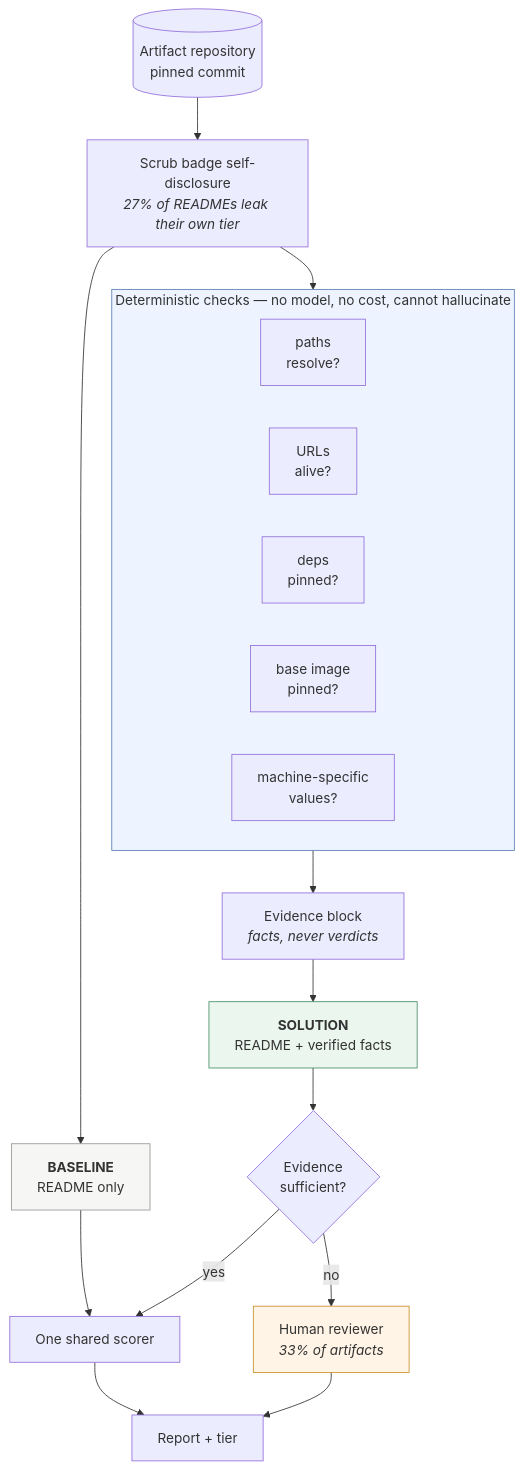
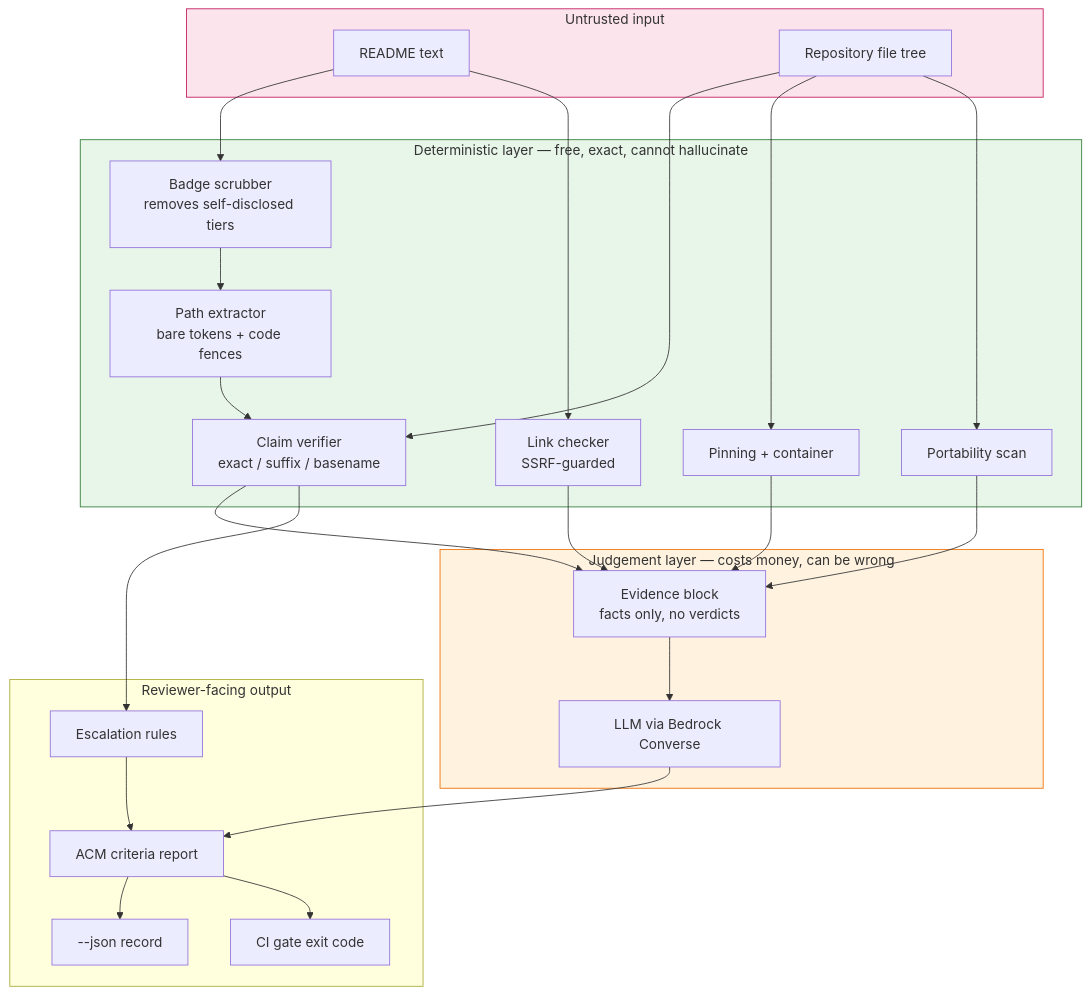
Before and after one commit to adarshcod30/artifact-repro-triage: the first of 2 diagrams in README.md, drawn with Mermaid. The commit also changed other lines of this file and 4 other files, not shown here.

````diff
--- a/README.md
+++ b/README.md
@@ -329,35 +173,40 @@
 ```mermaid
 flowchart TB
-    R[("Artifact repository<br/>pinned commit")]
-
-    R --> SCRUB["Scrub badge self-disclosure<br/><i>27% of READMEs leak their own tier</i>"]
-
-    SCRUB --> B["<b>BASELINE</b><br/>README only"]
-    SCRUB --> CHECKS
-
-    subgraph CHECKS["Deterministic checks — no model, no cost, cannot hallucinate"]
-        direction LR
-        C1["paths<br/>resolve?"]
-        C2["URLs<br/>alive?"]
-        C3["deps<br/>pinned?"]
-        C4["base image<br/>pinned?"]
-        C5["machine-specific<br/>values?"]
+    subgraph INPUT["Untrusted input"]
+        R[README text]
+        T[Repository file tree]
     end
 
-    CHECKS --> EV["Evidence block<br/><i>facts, never verdicts</i>"]
-    EV --> S["<b>SOLUTION</b><br/>README + verified facts"]
+    subgraph FREE["Deterministic layer — free, exact, cannot hallucinate"]
+        S[Badge scrubber<br/>removes self-disclosed tiers]
+        E[Path extractor<br/>bare tokens + code fences]
+        V[Claim verifier<br/>exact / suffix / basename]
+        P[Pinning + container]
+        Q[Portability scan]
+        L[Link checker<br/>SSRF-guarded]
+    end
 
-    B --> SCORE
-    S --> ESC{"Evidence<br/>sufficient?"}
+    subgraph JUDGE["Judgement layer — costs money, can be wrong"]
+        B[Evidence block<br/>facts only, no verdicts]
+        M[LLM via Bedrock Converse]
+    end
 
-    ESC -->|no| HUMAN["Human reviewer<br/><i>33% of artifacts</i>"]
-    ESC -->|yes| SCORE["One shared scorer"]
+    subgraph OUT["Reviewer-facing output"]
+        C[ACM criteria report]
+        X[Escalation rules]
+        J[--json record]
+        G[CI gate exit code]
+    end
 
-    SCORE --> OUT["Report + tier"]
-    HUMAN --> OUT
+    R --> S --> E --> V
+    T --> V
+    T --> P & Q
+    R --> L
+    V & P & Q & L --> B --> M --> C
+    V --> X --> C
+    C --> J & G
 
-    style CHECKS fill:#eef4ff,stroke:#5b7fb5
-    style HUMAN fill:#fff4e6,stroke:#c8912a
-    style B fill:#f6f6f4,stroke:#999
-    style S fill:#eaf6ee,stroke:#4a9068
+    style FREE fill:#e8f5e9,stroke:#2e7d32
+    style JUDGE fill:#fff3e0,stroke:#ef6c00
+    style INPUT fill:#fce4ec,stroke:#c2185b
 ```
````
